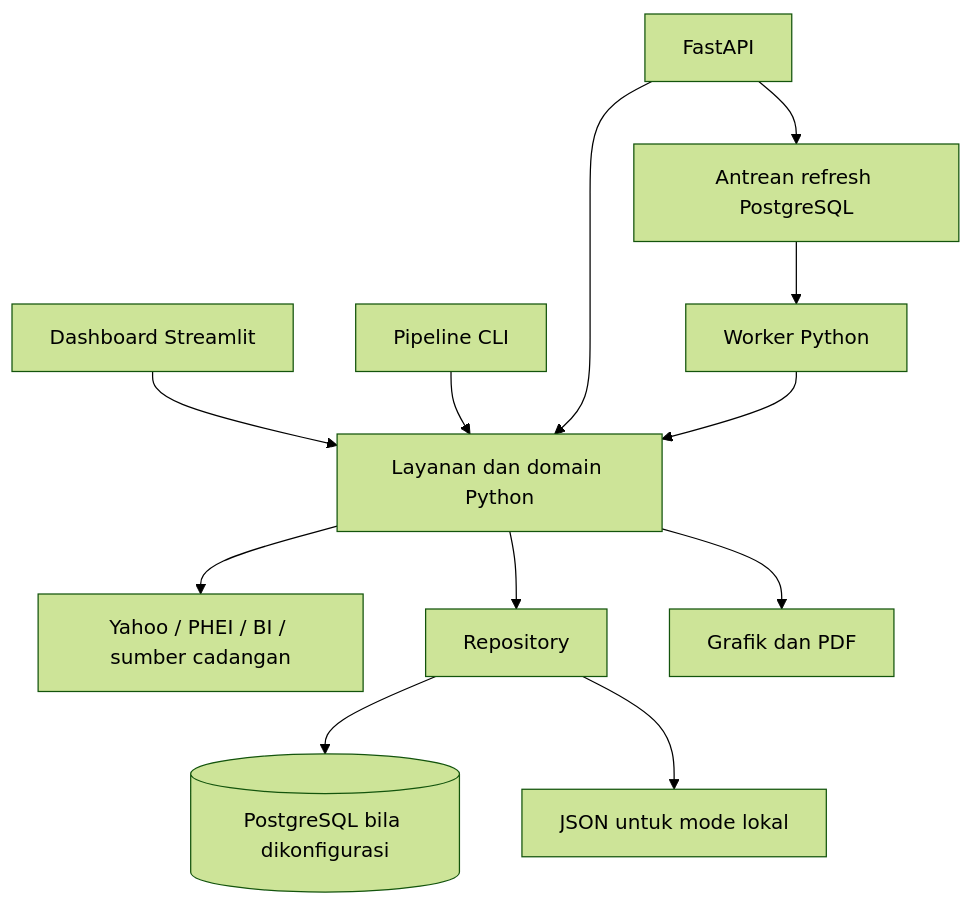
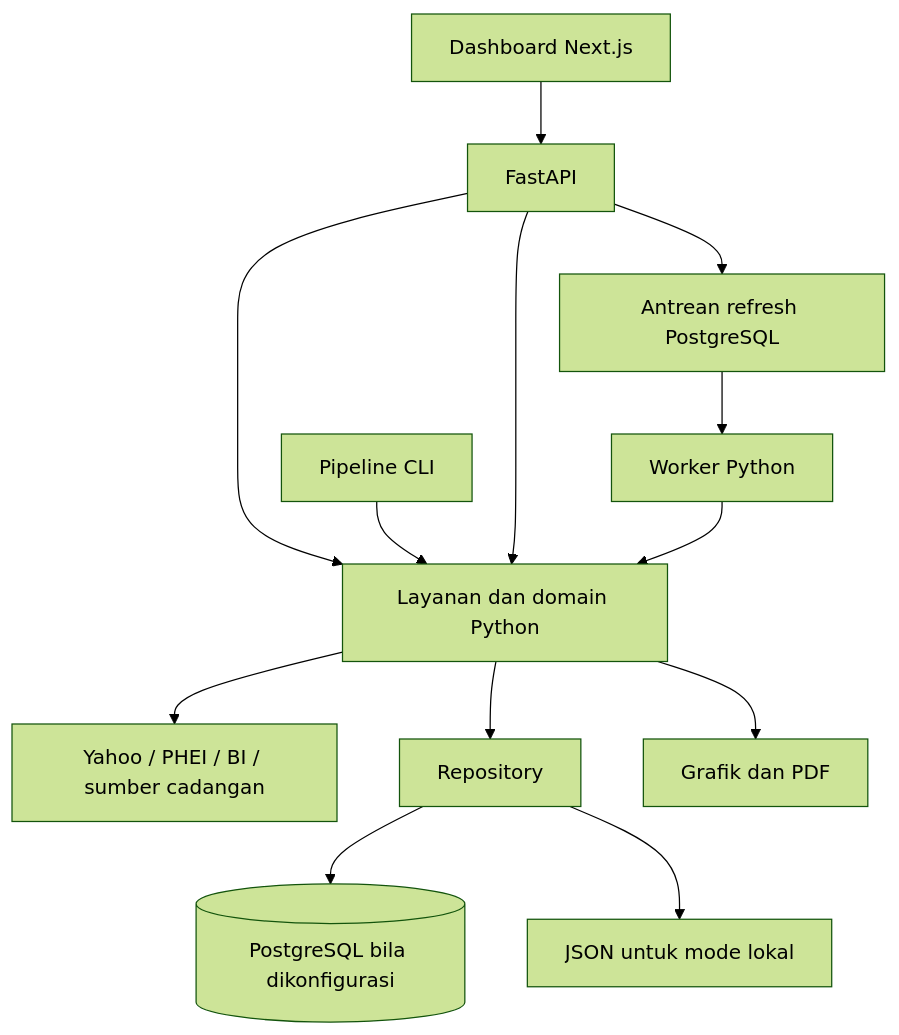
One commit to fajarwiguna/market-insights-dashboard changed the diagram in docs/PROJECT_BRIEF.md. Above: the diagram before and after it, drawn with Mermaid (forest theme). The commit also changed other lines of this file and 14 other files, not shown here.

````diff
--- a/docs/PROJECT_BRIEF.md
+++ b/docs/PROJECT_BRIEF.md
@@ -182,14 +181,15 @@
 ```mermaid
 flowchart TD
-    S[Dashboard Streamlit] --> C[Layanan dan domain Python]
+    WEB[Dashboard Next.js] --> API[FastAPI]
+    API --> C[Layanan dan domain Python]
     CLI[Pipeline CLI] --> C
     API[FastAPI] --> C
     API --> Q[Antrean refresh PostgreSQL]
     Q --> W[Worker Python]
     W --> C
     C --> P[Yahoo / PHEI / BI / sumber cadangan]
     C --> R[Repository]
     R --> DB[(PostgreSQL bila dikonfigurasi)]
     R --> J[JSON untuk mode lokal]
     C --> PDF[Grafik dan PDF]
 ```
````
